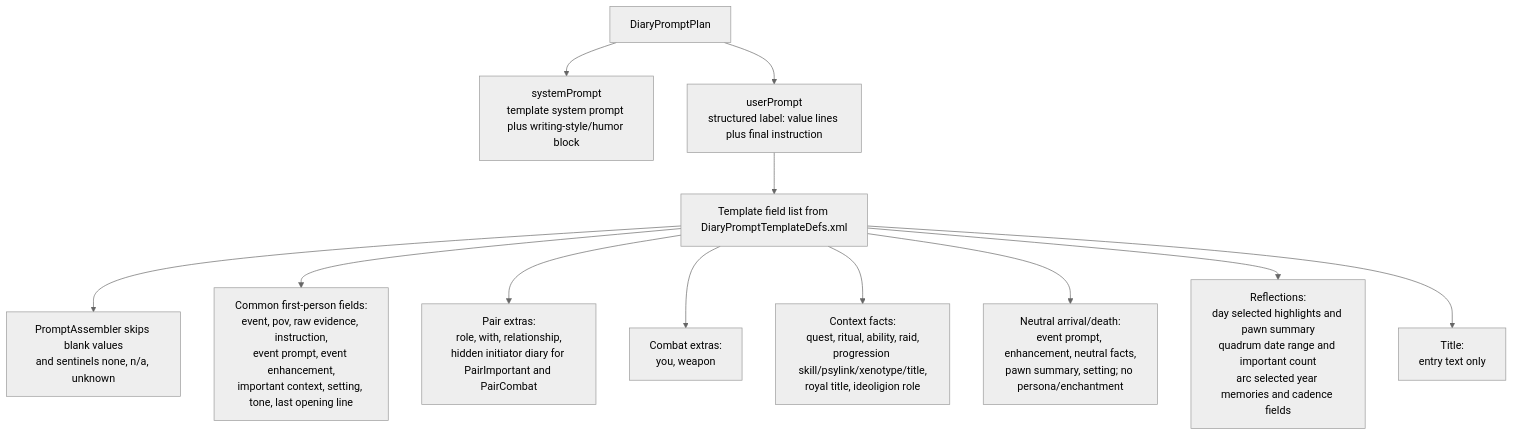
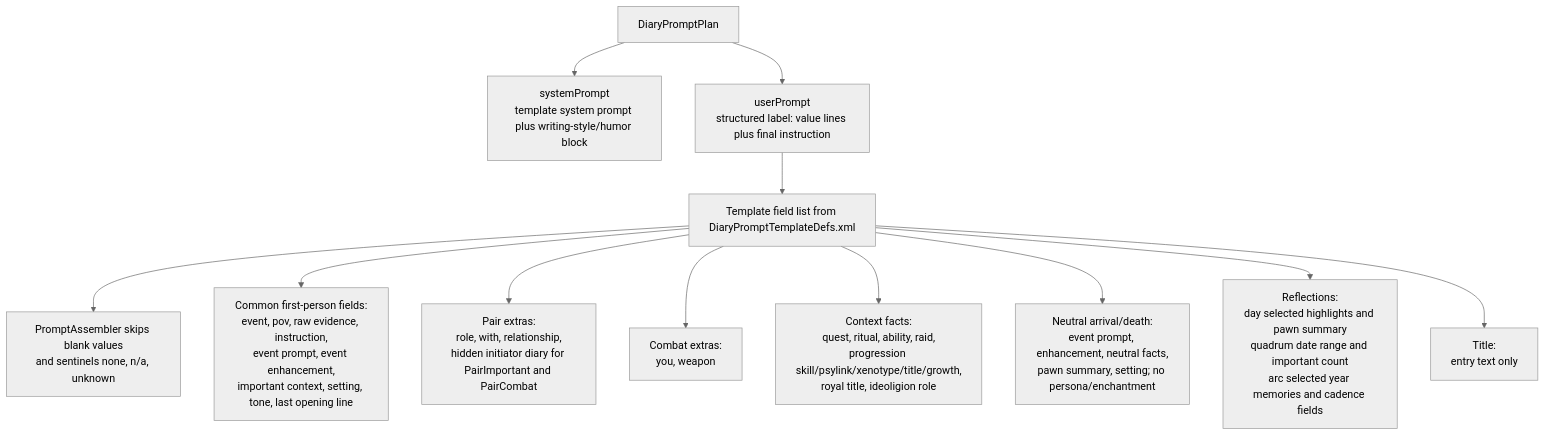
The sixth of 6 diagrams in EVENT_PROMPT_MAP.md (aimmlegate/PawnDiary), drawn with Mermaid (neutral theme) before and after one commit. The commit also changed other lines of this file and 50 other files, not shown here.

````diff
--- a/EVENT_PROMPT_MAP.md
+++ b/EVENT_PROMPT_MAP.md
@@ -583,14 +589,14 @@
 ```mermaid
 flowchart TD
     Plan["DiaryPromptPlan"] --> System["systemPrompt<br/>template system prompt plus writing-style/humor block"]
     Plan --> User["userPrompt<br/>structured label: value lines plus final instruction"]
     User --> Fields["Template field list from DiaryPromptTemplateDefs.xml"]
     Fields --> Skip["PromptAssembler skips blank values<br/>and sentinels none, n/a, unknown"]
     Fields --> Common["Common first-person fields:<br/>event, pov, raw evidence, instruction,<br/>event prompt, event enhancement,<br/>important context, setting, tone, last opening line"]
     Fields --> PairFields["Pair extras:<br/>role, with, relationship,<br/>hidden initiator diary for PairImportant and PairCombat"]
     Fields --> CombatFields["Combat extras:<br/>you, weapon"]
-    Fields --> SourceFacts["Context facts:<br/>quest, ritual, ability, raid,<br/>progression skill/psylink/xenotype/title,<br/>royal title, ideoligion role"]
+    Fields --> SourceFacts["Context facts:<br/>quest, ritual, ability, raid,<br/>progression skill/psylink/xenotype/title/growth,<br/>royal title, ideoligion role"]
     Fields --> Boundary["Neutral arrival/death:<br/>event prompt, enhancement, neutral facts,<br/>pawn summary, setting; no persona/enchantment"]
     Fields --> Reflection["Reflections:<br/>day selected highlights and pawn summary<br/>quadrum date range and important count<br/>arc selected year memories and cadence fields"]
     Fields --> Title["Title:<br/>entry text only"]
 ```
````
